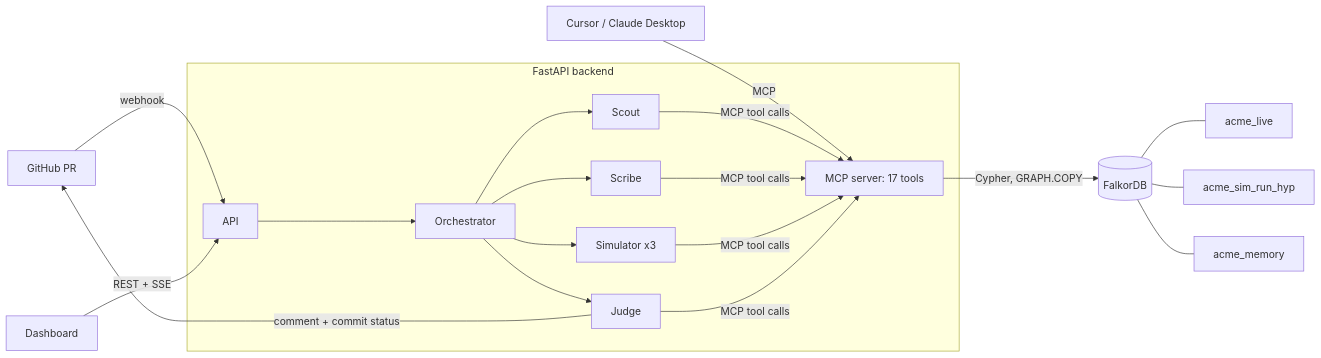
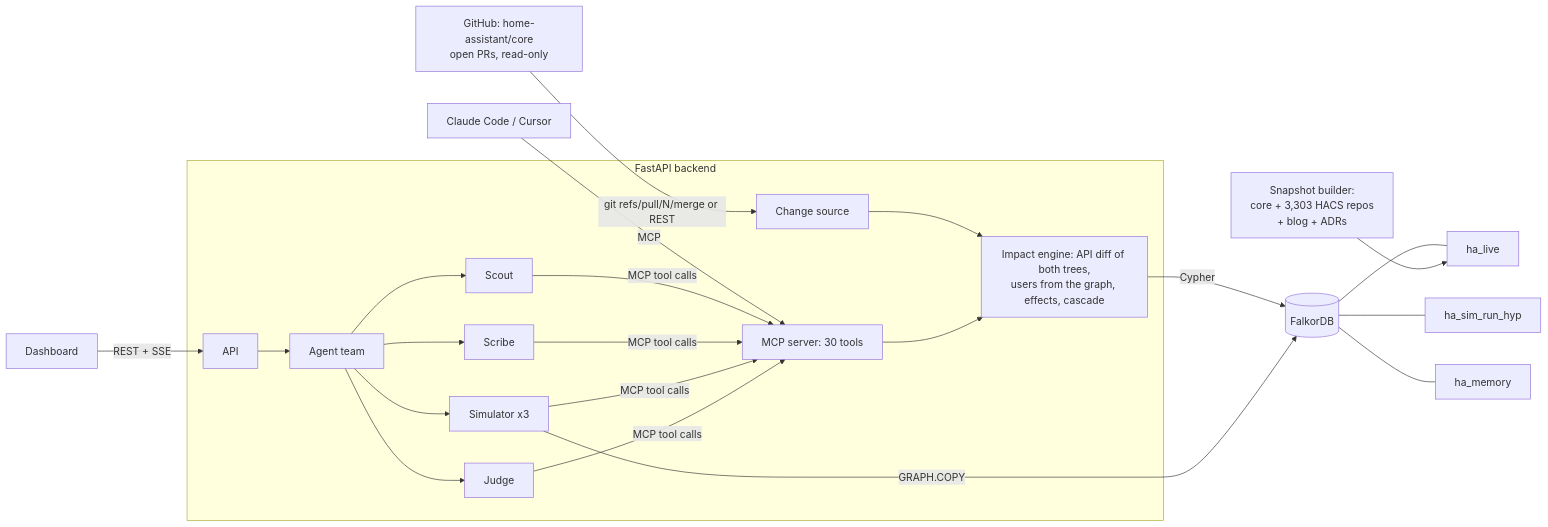
Before and after one commit to prem-programs/shadowGraph: the diagram in README.md, drawn with Mermaid. The commit also changed other lines of this file and 90 other files, not shown here.

First line of the commit message:
Home Assistant workspace: check PRs against every HACS integration; redesigned UI

````diff
--- a/README.md
+++ b/README.md
@@ -62,14 +96,17 @@
 ```mermaid
 flowchart LR
-  GH[GitHub PR] -- webhook --> API
+  GH[GitHub: home-assistant/core<br/>open PRs, read-only] -- git refs/pull/N/merge or REST --> SRC[Change source]
   UI[Dashboard] -- REST + SSE --> API
-  CUR[Cursor / Claude Desktop] -- MCP --> MCP
+  AG[Claude Code / Cursor] -- MCP --> MCP
   subgraph Backend [FastAPI backend]
-    API --> ORCH[Orchestrator]
+    SRC --> ENG[Impact engine: API diff of both trees,<br/>users from the graph, effects, cascade]
+    API --> ORCH[Agent team]
     ORCH --> SC[Scout] & SB[Scribe] & S1[Simulator x3] & JG[Judge]
-    SC & SB & S1 & JG -- MCP tool calls --> MCP[MCP server: 17 tools]
+    SC & SB & S1 & JG -- MCP tool calls --> MCP[MCP server: 30 tools]
+    MCP --> ENG
   end
-  MCP -- Cypher, GRAPH.COPY --> FDB[(FalkorDB)]
-  FDB --- LIVE[acme_live] & SIM[acme_sim_run_hyp] & MEM[acme_memory]
-  JG -- comment + commit status --> GH
+  ENG -- Cypher --> FDB[(FalkorDB)]
+  S1 -- GRAPH.COPY --> FDB
+  FDB --- LIVE[ha_live] & SIM[ha_sim_run_hyp] & MEM[ha_memory]
+  SNAP[Snapshot builder:<br/>core + 3,303 HACS repos<br/>+ blog + ADRs] --> LIVE
 ```
````
